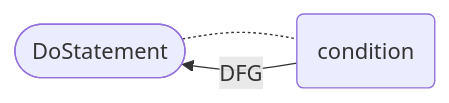
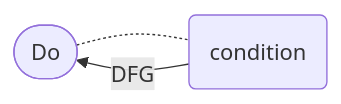
Diagram 31 of 40 in docs/docs/CPG/specs/dfg.md (Fraunhofer-AISEC/cpg), drawn with Mermaid before and after one commit. The commit also changed other lines of this file and 99 other files, not shown here.

First line of the commit message:
Remove `Statement` suffix from expression node classes (#2604)

````diff
--- a/docs/docs/CPG/specs/dfg.md
+++ b/docs/docs/CPG/specs/dfg.md
@@ -610,5 +610,5 @@
 ```mermaid
   flowchart LR
-    node([DoStatement]) -.- condition(condition)
+    node([Do]) -.- condition(condition)
     condition -- DFG --> node
 ```
````
